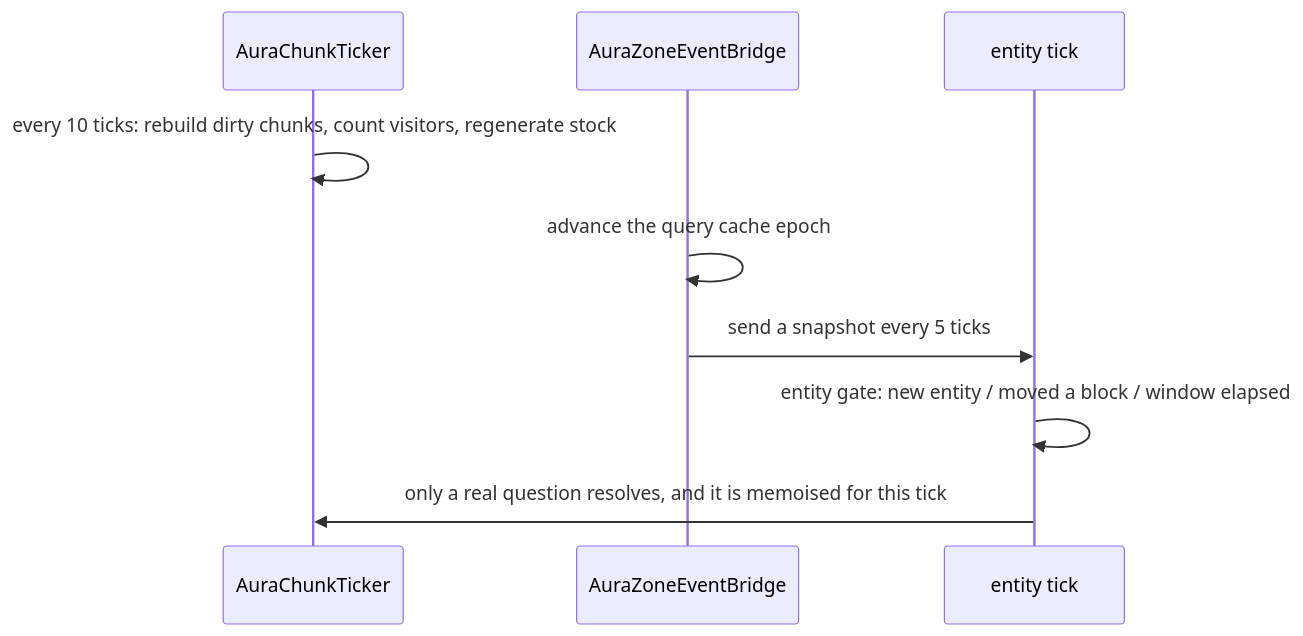
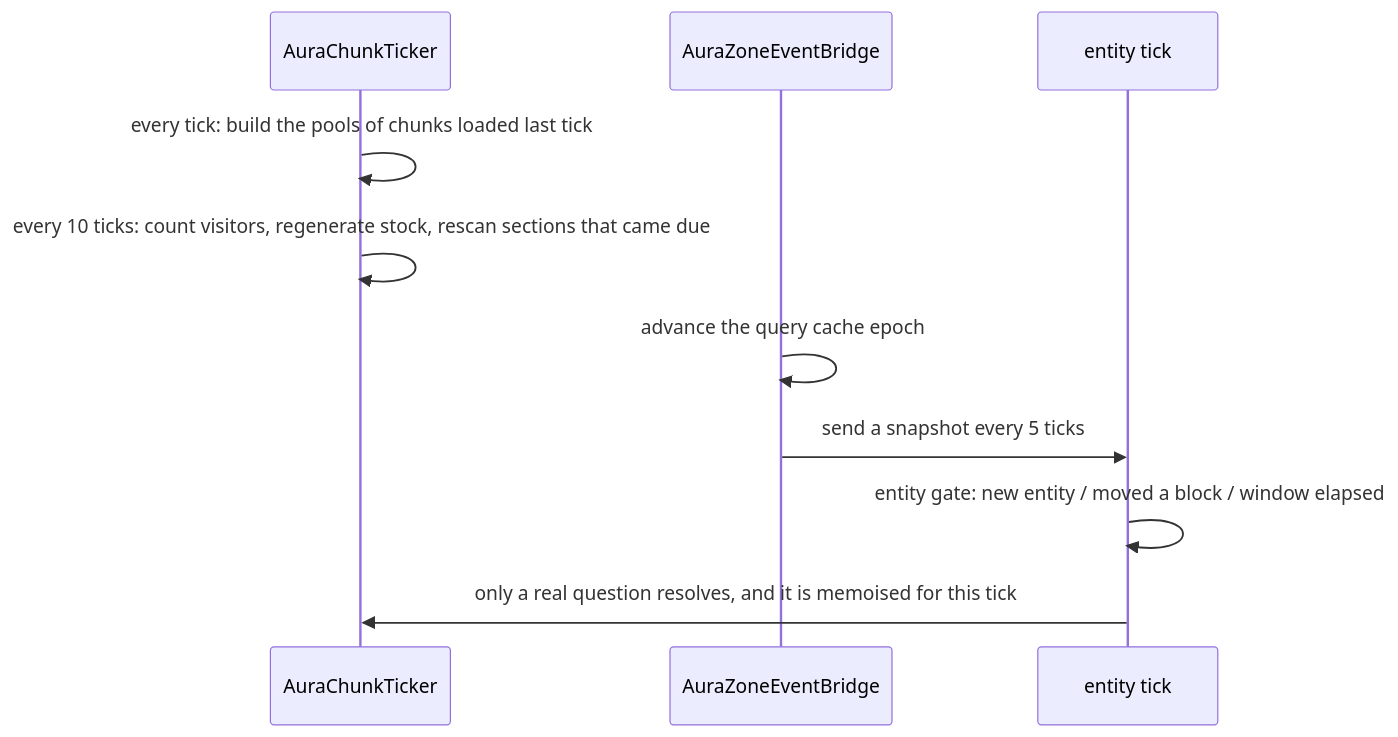
The third of 3 diagrams in docs/en/technical/aura.md (IAFEnvoy/mxt-docs), drawn with Mermaid before and after one commit. The commit also changed other lines of this file and 53 other files, not shown here.

````diff
--- a/docs/en/technical/aura.md
+++ b/docs/en/technical/aura.md
@@ -149,11 +192,12 @@
 ```mermaid
 sequenceDiagram
     participant T as AuraChunkTicker
     participant B as AuraZoneEventBridge
     participant G as entity tick
-    T->>T: every 10 ticks: rebuild dirty chunks, count visitors, regenerate stock
+    T->>T: every tick: build the pools of chunks loaded last tick
+    T->>T: every 10 ticks: count visitors, regenerate stock, rescan sections that came due
     B->>B: advance the query cache epoch
     B->>G: send a snapshot every 5 ticks
     G->>G: entity gate: new entity / moved a block / window elapsed
     G->>T: only a real question resolves, and it is memoised for this tick
 ```
````
